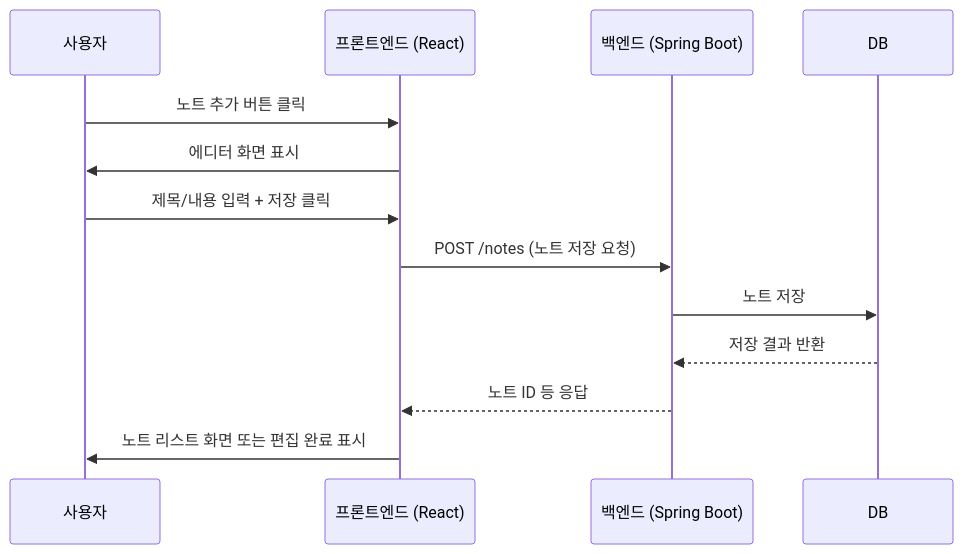
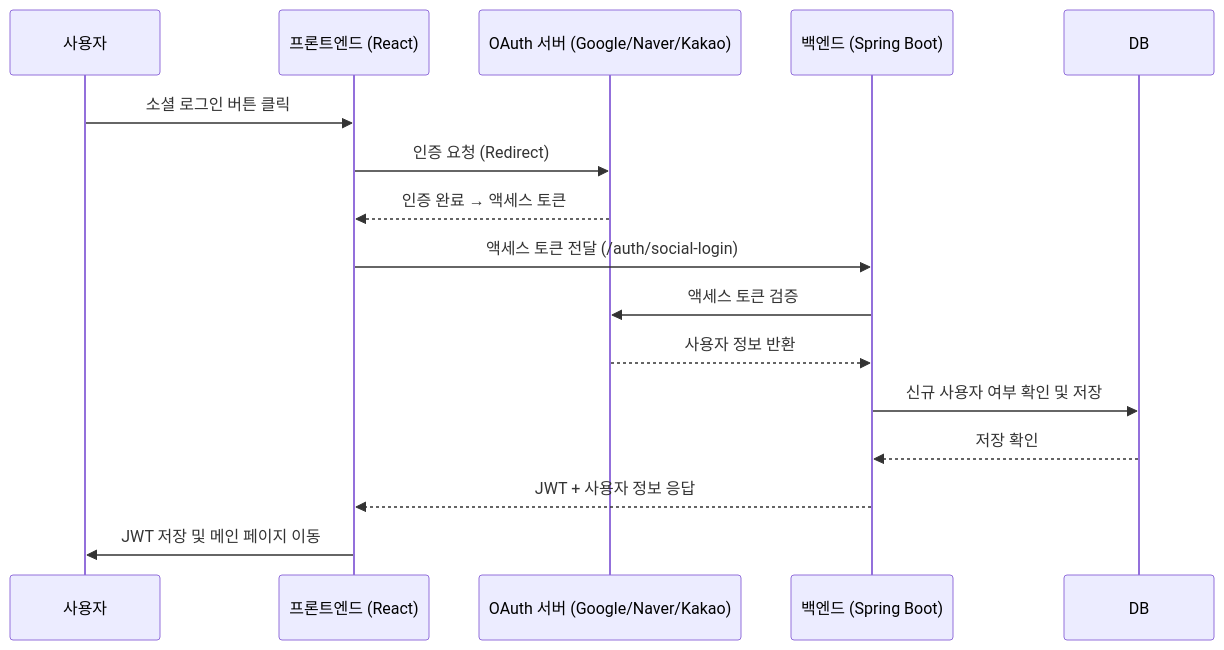
The fifth of 5 diagrams in studytrack-wiki/design/studytrack_architecture_dfd_sequence.md (joje3029/StudyTrack), drawn with Mermaid before and after one commit. The commit also changed other lines of this file and 3 other files, not shown here.

````diff
--- a/studytrack-wiki/design/studytrack_architecture_dfd_sequence.md
+++ b/studytrack-wiki/design/studytrack_architecture_dfd_sequence.md
@@ -140,16 +127,19 @@
 ```mermaid
 sequenceDiagram
     participant User as 사용자
     participant FE as 프론트엔드 (React)
+    participant OAuth as OAuth 서버 (Google/Naver/Kakao)
     participant BE as 백엔드 (Spring Boot)
     participant DB as DB
 
-    User->>FE: 노트 추가 버튼 클릭
-    FE->>User: 에디터 화면 표시
-    User->>FE: 제목/내용 입력 + 저장 클릭
-    FE->>BE: POST /notes (노트 저장 요청)
-    BE->>DB: 노트 저장
-    DB-->>BE: 저장 결과 반환
-    BE-->>FE: 노트 ID 등 응답
-    FE->>User: 노트 리스트 화면 또는 편집 완료 표시
+    User->>FE: 소셜 로그인 버튼 클릭
+    FE->>OAuth: 인증 요청 (Redirect)
+    OAuth-->>FE: 인증 완료 → 액세스 토큰
+    FE->>BE: 액세스 토큰 전달 (/auth/social-login)
+    BE->>OAuth: 액세스 토큰 검증
+    OAuth-->>BE: 사용자 정보 반환
+    BE->>DB: 신규 사용자 여부 확인 및 저장
+    DB-->>BE: 저장 확인
+    BE-->>FE: JWT + 사용자 정보 응답
+    FE->>User: JWT 저장 및 메인 페이지 이동
 ```
````
